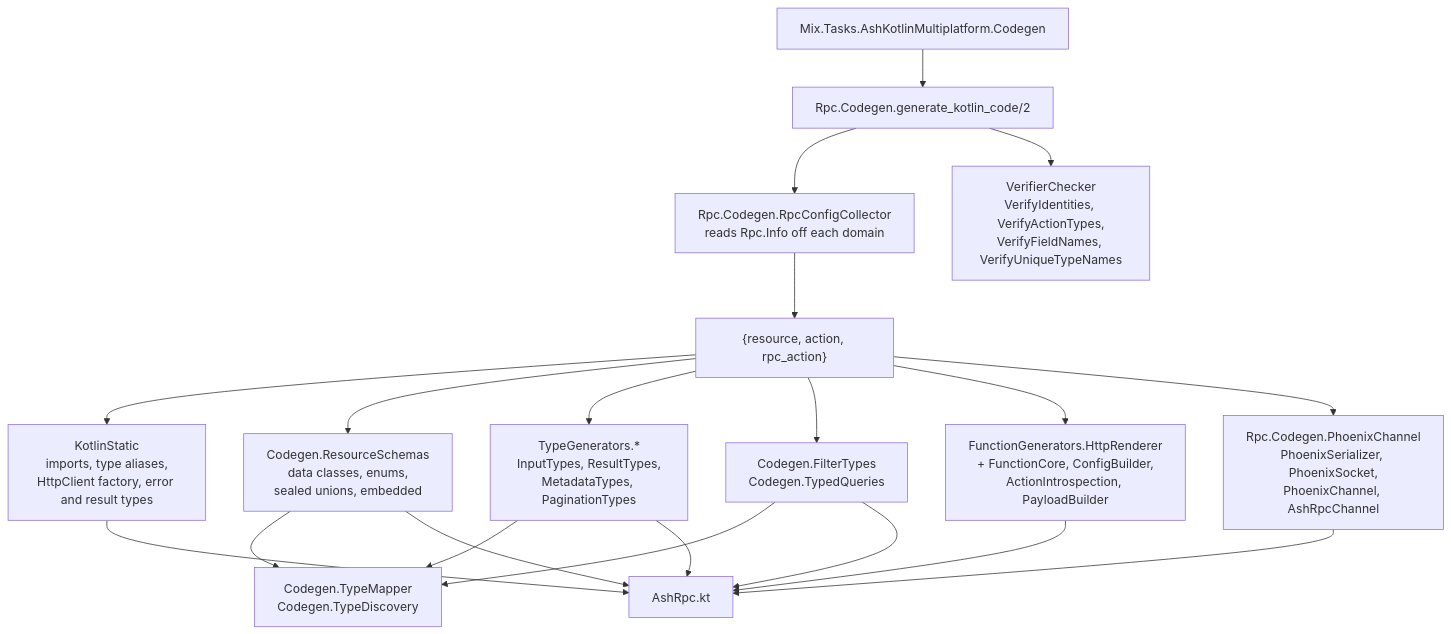
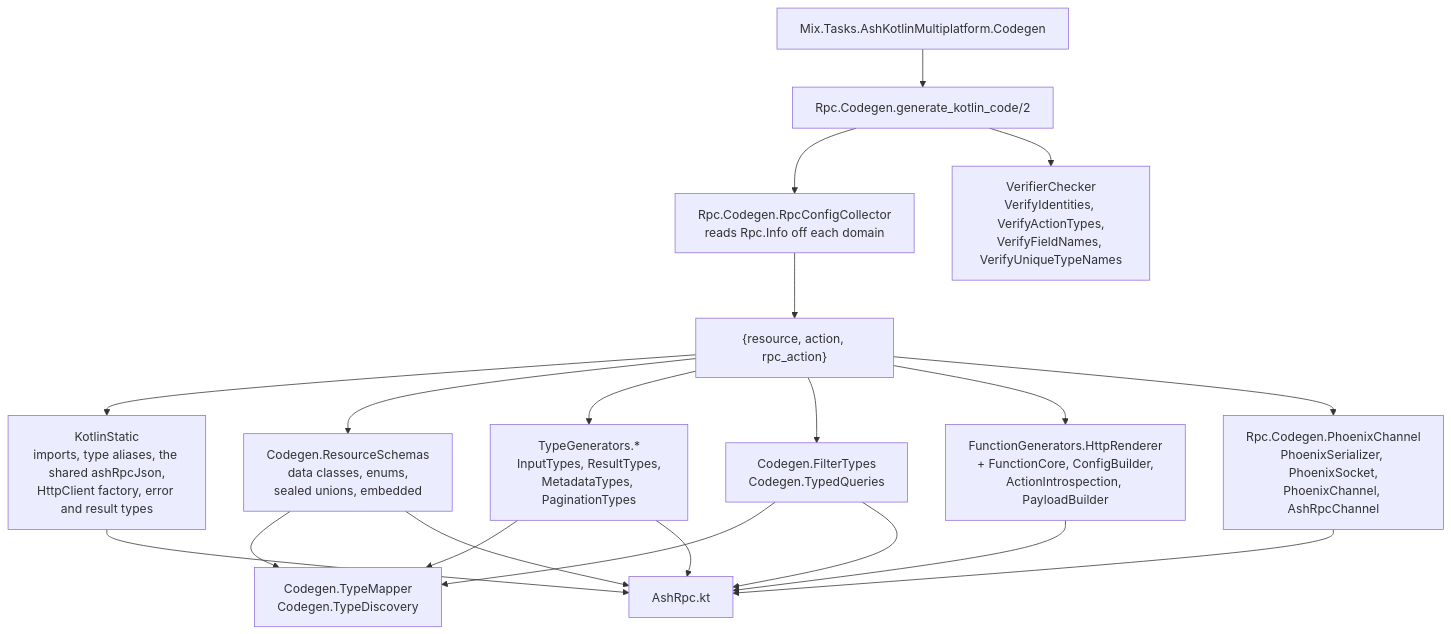
One commit to udin-io/ash_kotlin_multiplatform changed the third of 4 diagrams in docs/architecture.md. Above: the diagram before and after it, drawn with Mermaid. The commit also changed other lines of this file and 26 other files, not shown here.

````diff
--- a/docs/architecture.md
+++ b/docs/architecture.md
@@ -82,27 +88,27 @@
 ```mermaid
 flowchart TD
     task["Mix.Tasks.AshKotlinMultiplatform.Codegen"] --> cg["Rpc.Codegen.generate_kotlin_code/2"]
 
     cg --> coll["Rpc.Codegen.RpcConfigCollector<br/>reads Rpc.Info off each domain"]
     cg --> vc["VerifierChecker<br/>VerifyIdentities, VerifyActionTypes,<br/>VerifyFieldNames, VerifyUniqueTypeNames"]
 
     coll --> tuples["{resource, action, rpc_action}"]
 
-    tuples --> static["KotlinStatic<br/>imports, type aliases,<br/>HttpClient factory, error and result types"]
+    tuples --> static["KotlinStatic<br/>imports, type aliases, the shared ashRpcJson,<br/>HttpClient factory, error and result types"]
     tuples --> schemas["Codegen.ResourceSchemas<br/>data classes, enums,<br/>sealed unions, embedded"]
     tuples --> types["TypeGenerators.*<br/>InputTypes, ResultTypes,<br/>MetadataTypes, PaginationTypes"]
     tuples --> filters["Codegen.FilterTypes<br/>Codegen.TypedQueries"]
     tuples --> fns["FunctionGenerators.HttpRenderer<br/>+ FunctionCore, ConfigBuilder,<br/>ActionIntrospection, PayloadBuilder"]
     tuples --> chan["Rpc.Codegen.PhoenixChannel<br/>PhoenixSerializer, PhoenixSocket,<br/>PhoenixChannel, AshRpcChannel"]
 
     schemas --> tm["Codegen.TypeMapper<br/>Codegen.TypeDiscovery"]
     types --> tm
     filters --> tm
 
     static --> out["AshRpc.kt"]
     schemas --> out
     types --> out
     filters --> out
     fns --> out
     chan --> out
 ```
````
